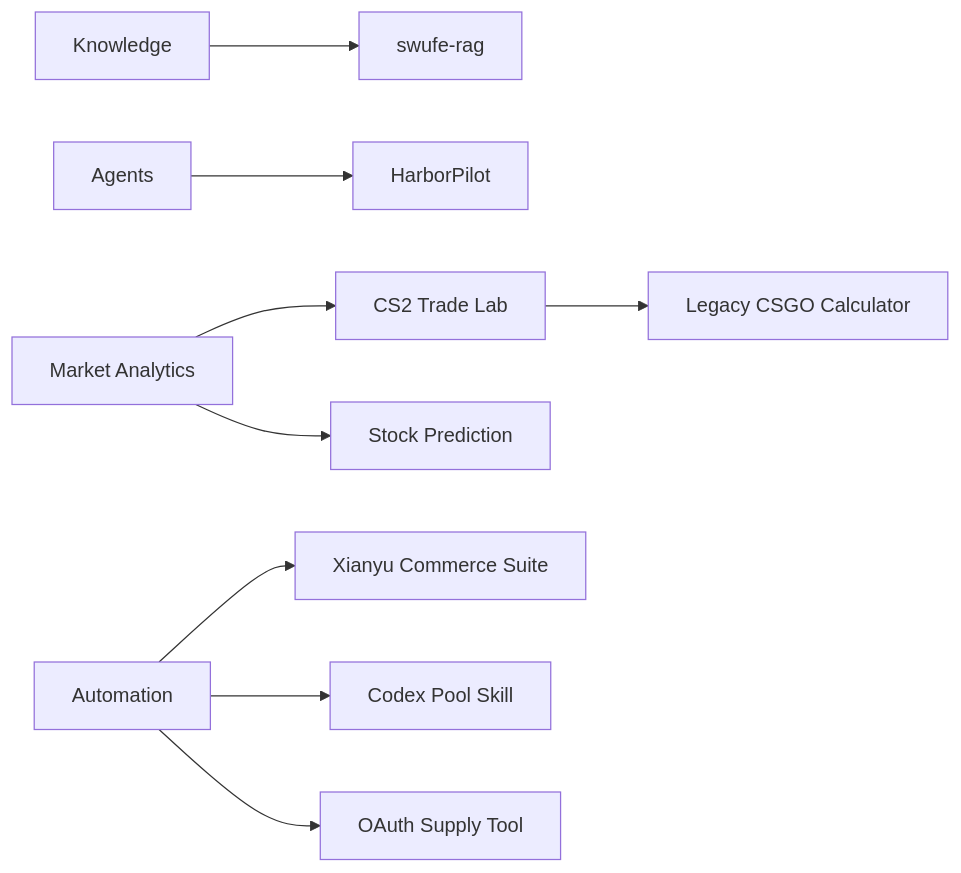
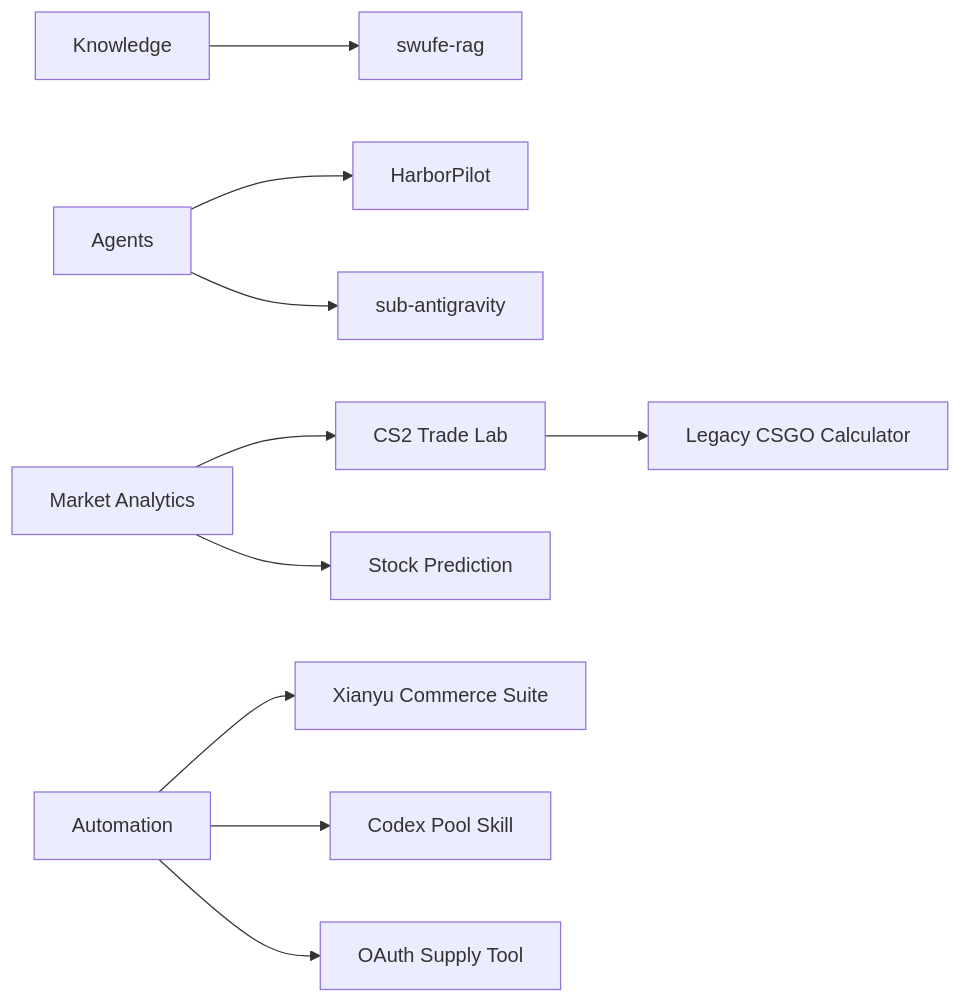
Before and after one commit to ZorIgn/ZorIgn: the diagram in README.md, drawn with Mermaid. The commit also changed other lines of this file, not shown here.

Commit message:
docs: add sub-antigravity to profile

````diff
--- a/README.md
+++ b/README.md
@@ -29,11 +30,12 @@
 ```mermaid
 flowchart LR
     K[Knowledge] --> S[swufe-rag]
     A[Agents] --> H[HarborPilot]
+    A --> G[sub-antigravity]
     M[Market Analytics] --> C[CS2 Trade Lab]
     M --> P[Stock Prediction]
     U[Automation] --> X[Xianyu Commerce Suite]
     U --> D[Codex Pool Skill]
     U --> O[OAuth Supply Tool]
     C --> L[Legacy CSGO Calculator]
 ```
````
